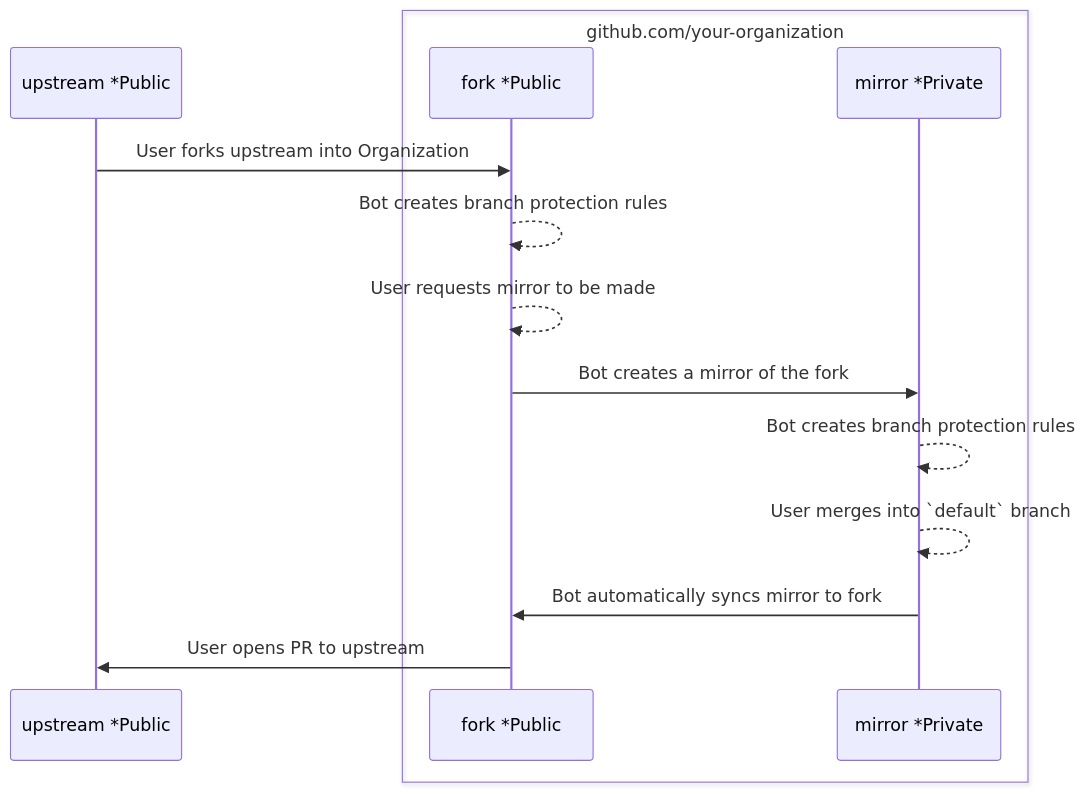
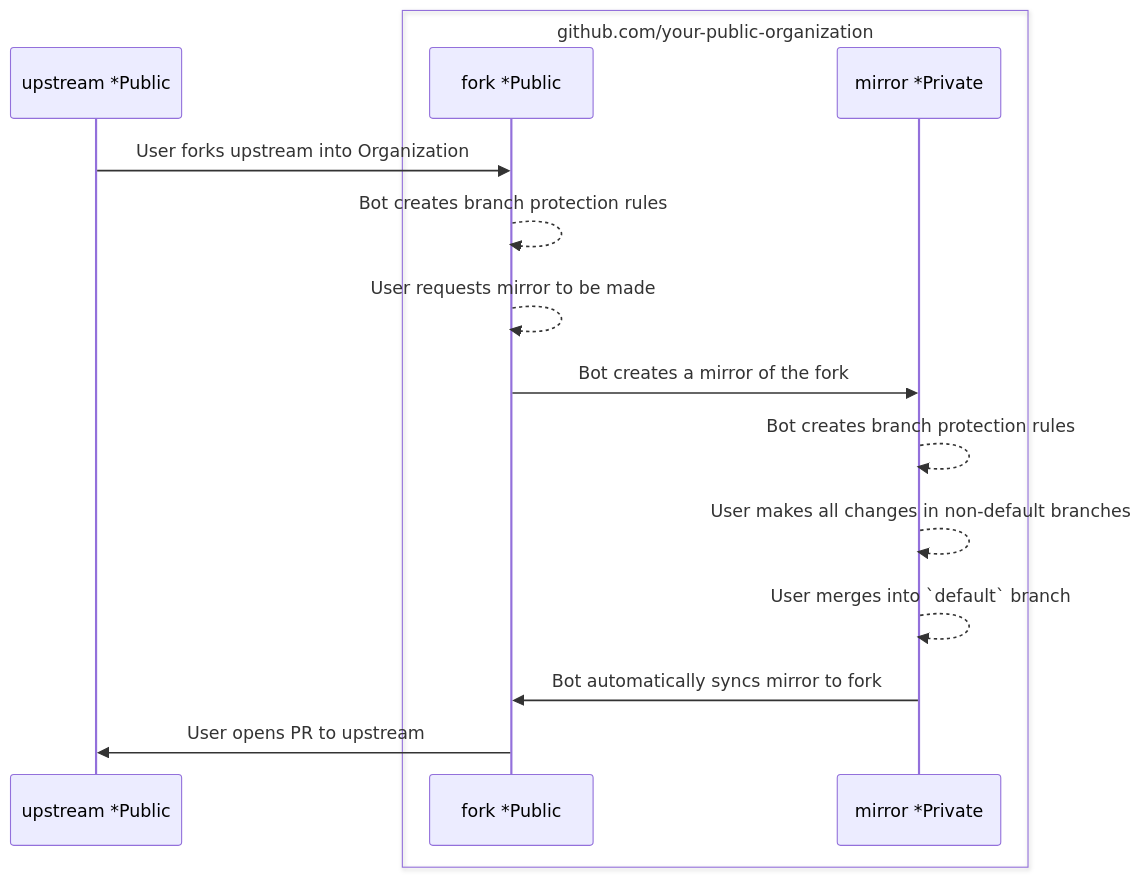
One commit to github-community-projects/private-mirrors changed the second of 2 diagrams in docs/architecture.md. Above: the diagram before and after it, drawn with Mermaid. The commit also changed other lines of this file and 1 other file, not shown here.

````diff
--- a/docs/architecture.md
+++ b/docs/architecture.md
@@ -9,16 +31,17 @@
 ```mermaid
 sequenceDiagram
     participant U as upstream *Public
-    box github.com/your-organization
+    box github.com/your-public-organization
         participant F as fork *Public
         participant M as mirror *Private
     end
     U->>F: User forks upstream into Organization
     F-->>F: Bot creates branch protection rules
     F-->>F: User requests mirror to be made
     F->>M: Bot creates a mirror of the fork
     M-->>M: Bot creates branch protection rules
+    M-->>M: User makes all changes in non-default branches
     M-->>M: User merges into `default` branch
     M->>F: Bot automatically syncs mirror to fork
     F->>U: User opens PR to upstream
 ```
````
